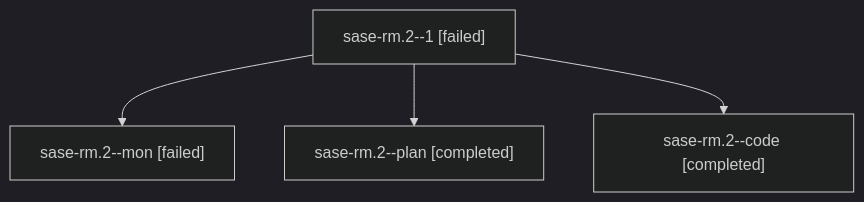
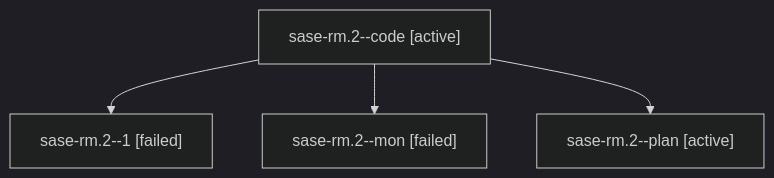
One commit to sase-org/sase--agents changed the diagram in families/bbugyi200.athena.sase-rm.2.md. Above: the diagram before and after it, drawn with Mermaid (dark theme). The commit also changed other lines of this file and 87 other files, not shown here.

````diff
--- a/families/bbugyi200.athena.sase-rm.2.md
+++ b/families/bbugyi200.athena.sase-rm.2.md
@@ -9,10 +9,10 @@
 ```mermaid
 flowchart TD
-  n0["sase-rm.2--1 [failed]"]
-  n1["sase-rm.2--mon [failed]"]
+  n0["sase-rm.2--code [active]"]
+  n1["sase-rm.2--1 [failed]"]
   n0 --> n1
-  n2["sase-rm.2--plan [completed]"]
+  n2["sase-rm.2--mon [failed]"]
   n0 --> n2
-  n3["sase-rm.2--code [completed]"]
+  n3["sase-rm.2--plan [active]"]
   n0 --> n3
 ```
````
